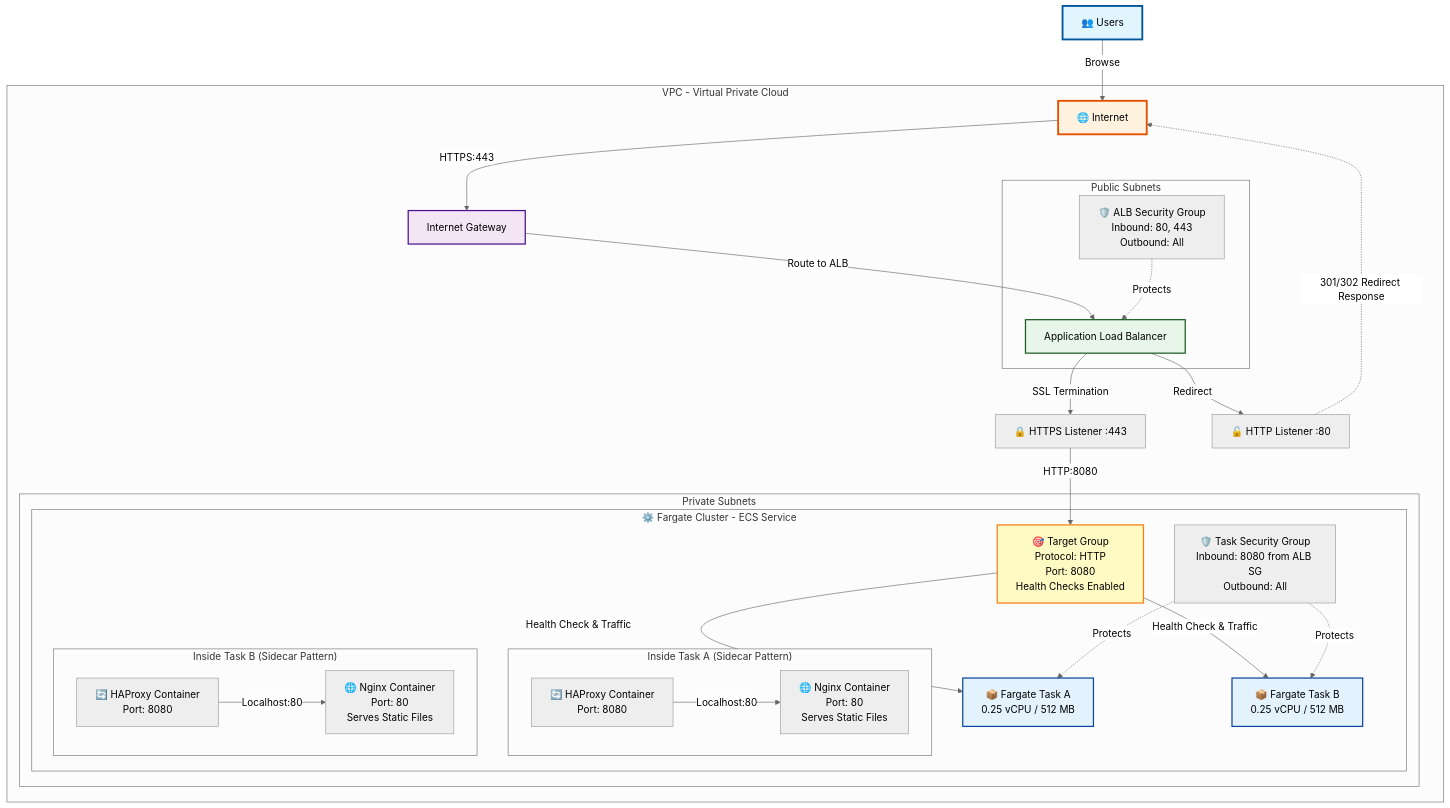
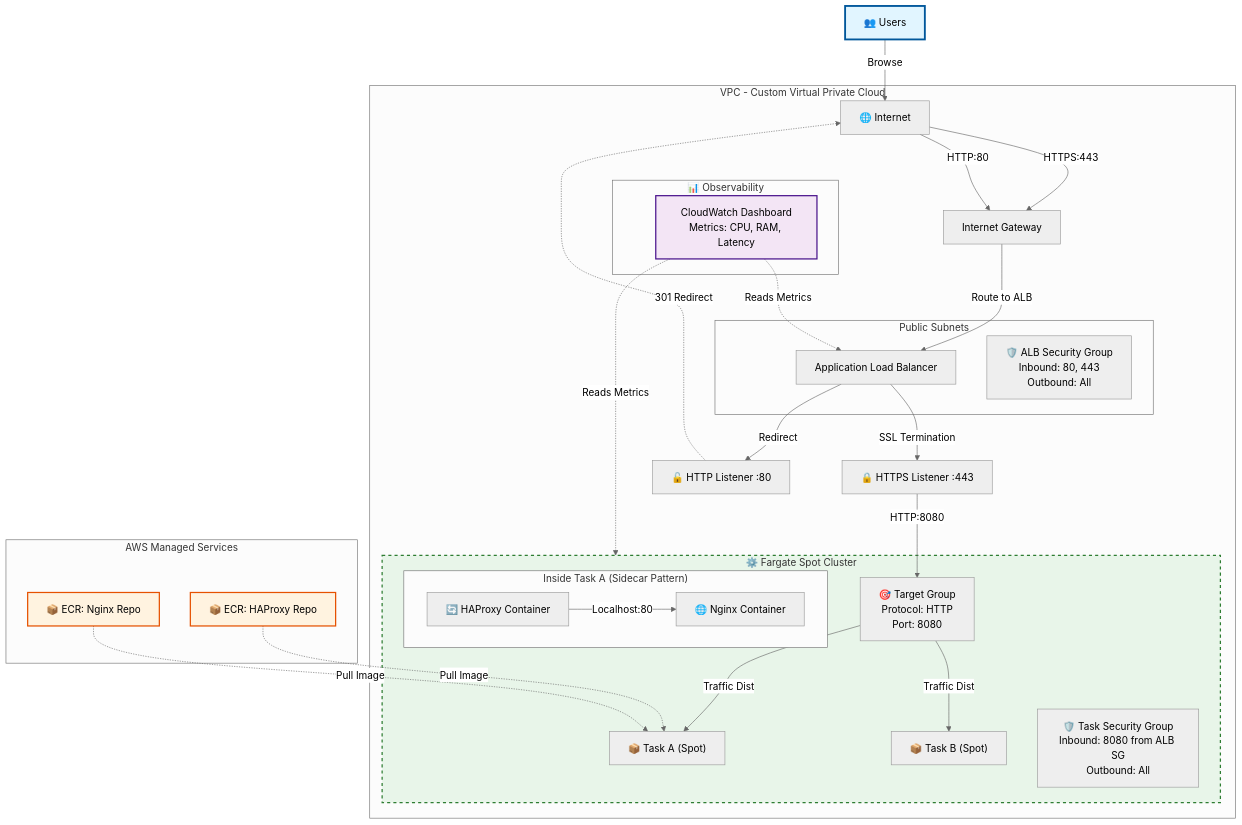
Before and after one commit to thuongdv/ds-dashboard: the diagram in iac/README.md, drawn with Mermaid (neutral theme). The commit also changed other lines of this file and 29 other files, not shown here.

````diff
--- a/iac/README.md
+++ b/iac/README.md
@@ -7,49 +7,49 @@
 ```mermaid
 graph TD
     Users[👥 Users] -->|Browse| Internet[🌐 Internet]
     Internet -->|HTTPS:443| IGW[Internet Gateway]
+    Internet -->|HTTP:80| IGW
 
-    subgraph VPC[VPC - Virtual Private Cloud]
+    subgraph VPC[VPC - Custom Virtual Private Cloud]
         IGW -->|Route to ALB| ALB[Application Load Balancer]
+        
+        subgraph Monitoring[📊 Observability]
+            Dashboard[CloudWatch Dashboard<br/>Metrics: CPU, RAM, Latency]
+        end
 
         subgraph PublicSubnets[Public Subnets]
             ALB
             ALBSG[🛡️ ALB Security Group<br/>Inbound: 80, 443<br/>Outbound: All]
         end
 
         ALB -->|SSL Termination| Listener443[🔒 HTTPS Listener :443]
         ALB -->|Redirect| Listener80[🔓 HTTP Listener :80]
-        Listener80 -.->|301/302 Redirect Response| Internet
+        Listener80 -.->|301 Redirect| Internet
 
-        Listener443 -->|HTTP:8080| TG[🎯 Target Group<br/>Protocol: HTTP<br/>Port: 8080<br/>Health Checks Enabled]
+        Listener443 -->|HTTP:8080| TG[🎯 Target Group<br/>Protocol: HTTP<br/>Port: 8080]
 
-        subgraph PrivateSubnets[Private Subnets]
-            subgraph FargateCluster[⚙️ Fargate Cluster - ECS Service]
-                TG -->|Health Check & Traffic| Task1[📦 Fargate Task A<br/>0.25 vCPU / 512 MB]
-                TG -->|Health Check & Traffic| Task2[📦 Fargate Task B<br/>0.25 vCPU / 512 MB]
+        subgraph FargateCluster[⚙️ Fargate Spot Cluster]
+            TG -->|Traffic Dist| Task1["📦 Task A (Spot)"]
+            TG -->|Traffic Dist| Task2["📦 Task B (Spot)"]
 
-                TaskSG[🛡️ Task Security Group<br/>Inbound: 8080 from ALB SG<br/>Outbound: All]
+            TaskSG[🛡️ Task Security Group<br/>Inbound: 8080 from ALB SG<br/>Outbound: All]
 
-                subgraph Task1Sidecar["Inside Task A (Sidecar Pattern)"]
-                    H1[🔄 HAProxy Container<br/>Port: 8080] -->|Localhost:80| N1[🌐 Nginx Container<br/>Port: 80<br/>Serves Static Files]
-                end
-
-                subgraph Task2Sidecar["Inside Task B (Sidecar Pattern)"]
-                    H2[🔄 HAProxy Container<br/>Port: 8080] -->|Localhost:80| N2[🌐 Nginx Container<br/>Port: 80<br/>Serves Static Files]
-                end
+            subgraph Task1Sidecar["Inside Task A (Sidecar Pattern)"]
+                H1[🔄 HAProxy Container] -->|Localhost:80| N1[🌐 Nginx Container]
             end
         end
+    end
 
-        TaskSG -.->|Protects| Task1
-        TaskSG -.->|Protects| Task2
-        ALBSG -.->|Protects| ALB
+    subgraph AWS_Services[AWS Managed Services]
+        ECR_H[📦 ECR: HAProxy Repo] -.->|Pull Image| Task1
+        ECR_N[📦 ECR: Nginx Repo] -.->|Pull Image| Task1
+        Dashboard -.->|Reads Metrics| ALB
+        Dashboard -.->|Reads Metrics| FargateCluster
     end
 
     style Users fill:#e1f5ff,stroke:#01579b,stroke-width:3px
-    style Internet fill:#fff3e0,stroke:#e65100,stroke-width:3px
-    style IGW fill:#f3e5f5,stroke:#4a148c,stroke-width:2px
-    style ALB fill:#e8f5e9,stroke:#1b5e20,stroke-width:2px
-    style TG fill:#fff9c4,stroke:#f57f17,stroke-width:2px
-    style Task1 fill:#e3f2fd,stroke:#0d47a1,stroke-width:2px
-    style Task2 fill:#e3f2fd,stroke:#0d47a1,stroke-width:2px
+    style FargateCluster fill:#e8f5e9,stroke:#2e7d32,stroke-width:2px,stroke-dasharray: 5 5
+    style Dashboard fill:#f3e5f5,stroke:#4a148c,stroke-width:2px
+    style ECR_H fill:#fff3e0,stroke:#e65100,stroke-width:2px
+    style ECR_N fill:#fff3e0,stroke:#e65100,stroke-width:2px
 ```
````
